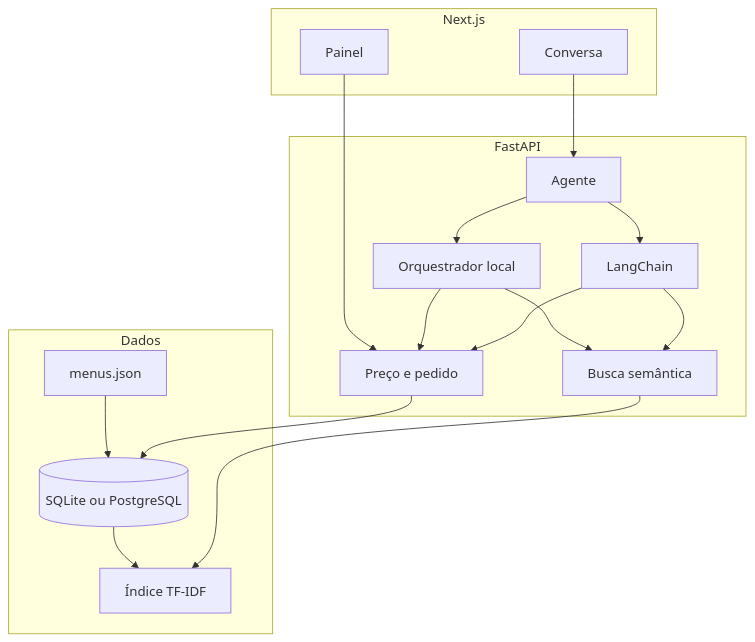
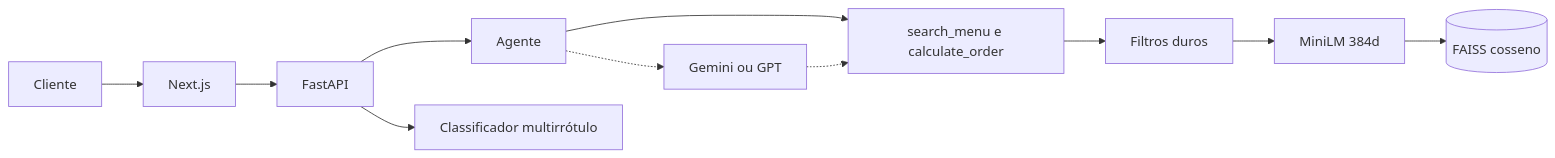
One commit to dutra1904/MenuMatchAI changed the diagram in README.md. Above: the diagram before and after it, drawn with Mermaid. The commit also changed other lines of this file and 28 other files, not shown here.

````diff
--- a/README.md
+++ b/README.md
@@ -9,34 +20,20 @@
 ```mermaid
-flowchart TB
-  subgraph web [Next.js]
-    Chat[Conversa]
-    Dash[Painel]
-  end
+flowchart LR
+  user[Cliente]
+  web[Next.js]
+  api[FastAPI]
+  agent[Agente]
+  tools[search_menu e calculate_order]
+  filters[Filtros duros]
+  embed[MiniLM 384d]
+  faiss[(FAISS cosseno)]
+  clf[Classificador multirrótulo]
+  llm[Gemini ou GPT]
 
-  subgraph api [FastAPI]
-    Agent[Agente]
-    Local[Orquestrador local]
-    LC[LangChain]
-    Search[Busca semântica]
-    Orders[Preço e pedido]
-  end
-
-  subgraph data [Dados]
-    JSON[menus.json]
-    DB[(SQLite ou PostgreSQL)]
-    Index[Índice TF-IDF]
-  end
-
-  Chat --> Agent
-  Dash --> Orders
-  Agent --> Local
-  Agent --> LC
-  Local --> Search
-  Local --> Orders
-  LC --> Search
-  LC --> Orders
-  JSON --> DB
-  DB --> Index
-  Search --> Index
-  Orders --> DB
+  user --> web --> api --> agent
+  agent --> tools
+  agent -.-> llm
+  llm -.-> tools
+  tools --> filters --> embed --> faiss
+  api --> clf
 ```
````
